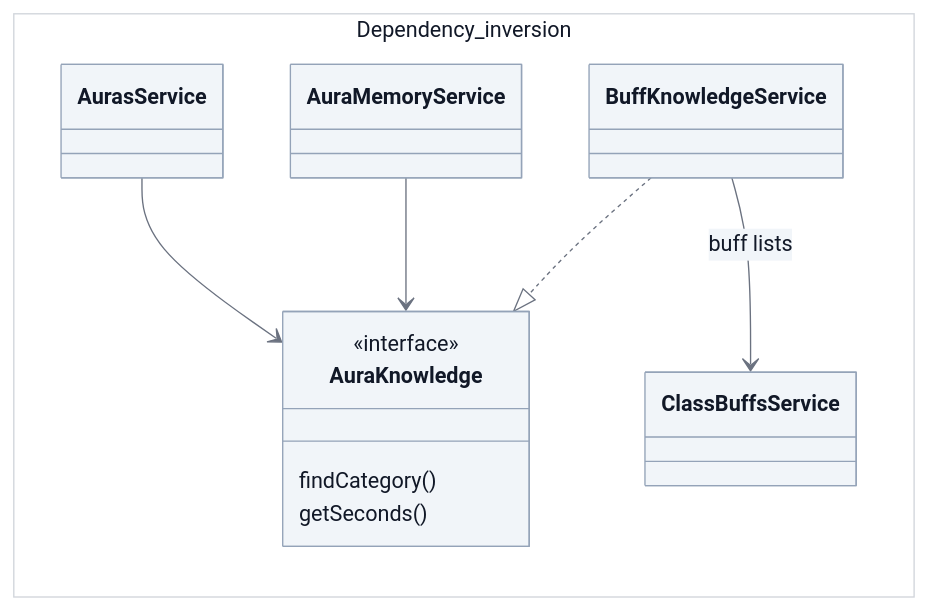
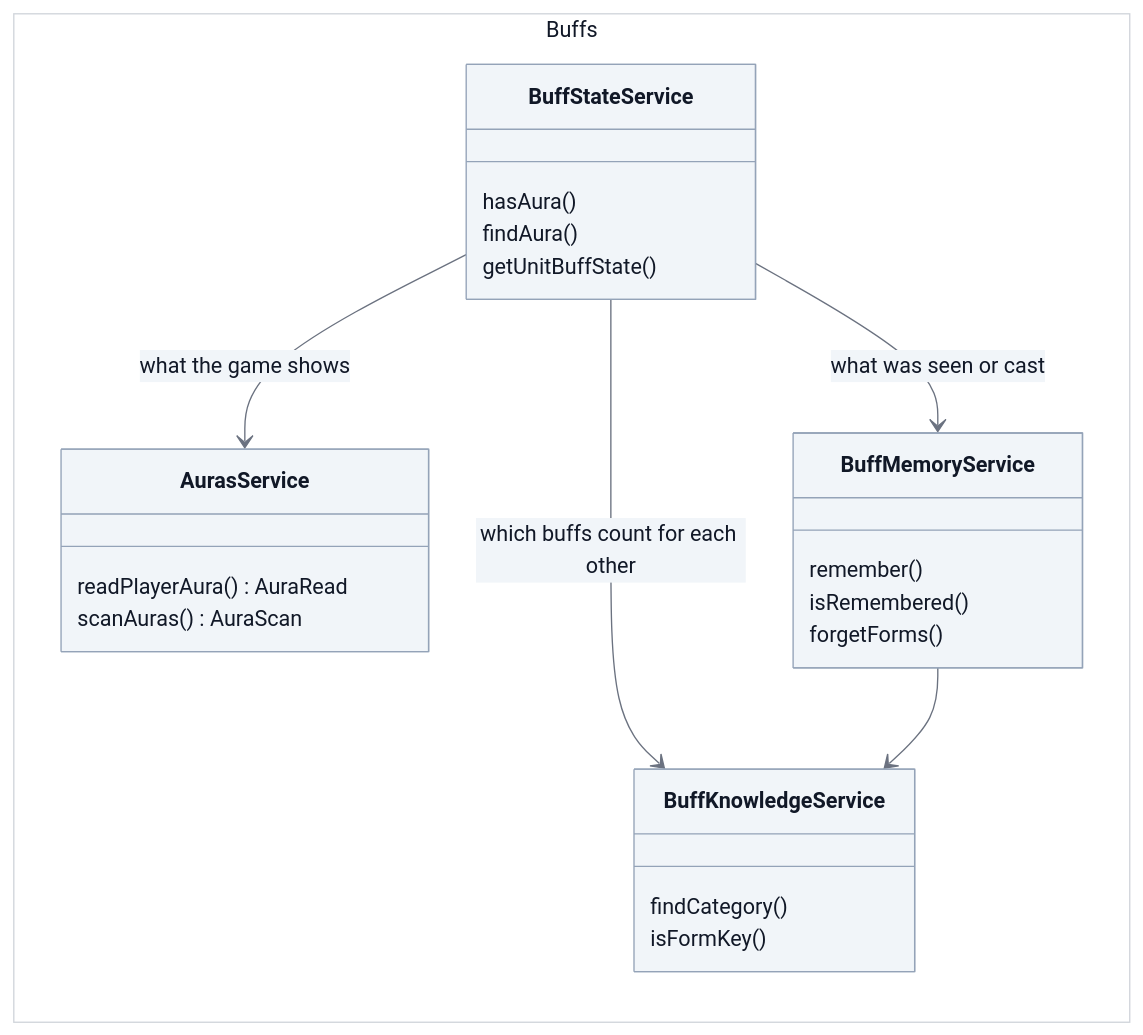
Before and after one commit to vattiss/wowkit: the sixth of 9 diagrams in docs/architecture.md, drawn with Mermaid. The commit also changed other lines of this file and 205 other files, not shown here.

````diff
--- a/docs/architecture.md
+++ b/docs/architecture.md
@@ -280,24 +326,33 @@
 ```mermaid
 %%{init: {"theme":"base","themeVariables":{"background":"#ffffff","lineColor":"#6b7280","textColor":"#111827","primaryColor":"#f1f5f9","primaryTextColor":"#111827","primaryBorderColor":"#94a3b8","secondaryColor":"#e2e8f0","tertiaryColor":"#ffffff","mainBkg":"#f1f5f9","nodeBorder":"#94a3b8","nodeTextColor":"#111827","titleColor":"#111827","edgeLabelBackground":"#ffffff","labelBackground":"#ffffff","labelTextColor":"#111827","clusterBkg":"#ffffff","clusterBorder":"#d1d5db","classText":"#111827","actorBkg":"#f1f5f9","actorTextColor":"#111827","actorBorder":"#94a3b8","actorLineColor":"#6b7280","signalColor":"#374151","signalTextColor":"#111827","noteBkgColor":"#fef9c3","noteTextColor":"#111827","noteBorderColor":"#ca8a04"}}}%%
 classDiagram
     direction LR
-    classDef invert fill:#fee2e2,stroke:#dc2626,color:#111827
     classDef facade fill:#dbeafe,stroke:#2563eb,color:#111827
-    namespace Dependency_inversion {
-        class AuraKnowledge {
-            <<interface>>
+    classDef state fill:#f3e8ff,stroke:#9333ea,color:#111827
+    namespace Buffs {
+        class AurasService {
+            readPlayerAura() AuraRead
+            scanAuras() AuraScan
+        }
+        class BuffStateService {
+            hasAura()
+            findAura()
+            getUnitBuffState()
+        }
+        class BuffMemoryService {
+            remember()
+            isRemembered()
+            forgetForms()
+        }
+        class BuffKnowledgeService {
             findCategory()
-            getSeconds()
+            isFormKey()
         }
-        class AurasService
-        class AuraMemoryService
-        class BuffKnowledgeService
-        class ClassBuffsService
     }
-    AurasService --> AuraKnowledge
-    AuraMemoryService --> AuraKnowledge
-    BuffKnowledgeService ..|> AuraKnowledge
-    BuffKnowledgeService --> ClassBuffsService : buff lists
-    cssClass "AuraKnowledge,BuffKnowledgeService" invert
-    cssClass "AurasService,AuraMemoryService" facade
+    BuffStateService --> AurasService : what the game shows
+    BuffStateService --> BuffMemoryService : what was seen or cast
+    BuffStateService --> BuffKnowledgeService : which buffs count for each other
+    BuffMemoryService --> BuffKnowledgeService
+    cssClass "AurasService" facade
+    cssClass "BuffStateService,BuffMemoryService,BuffKnowledgeService" state
 ```
````
